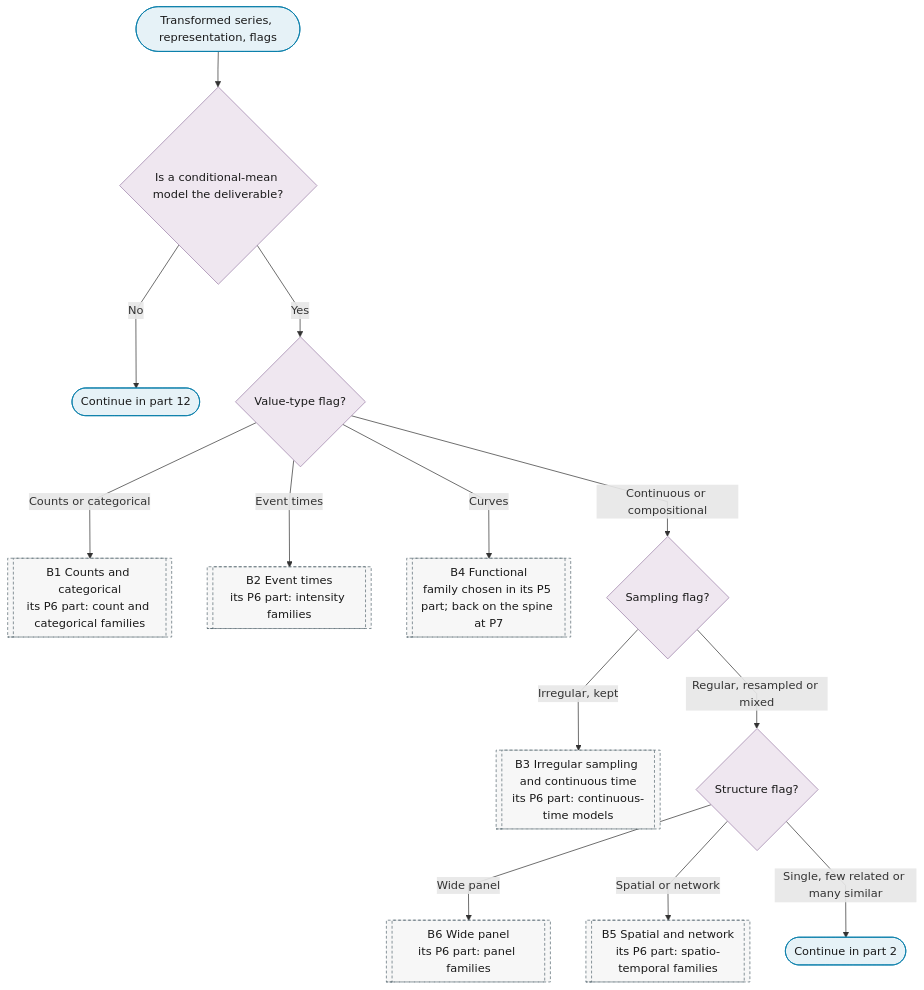
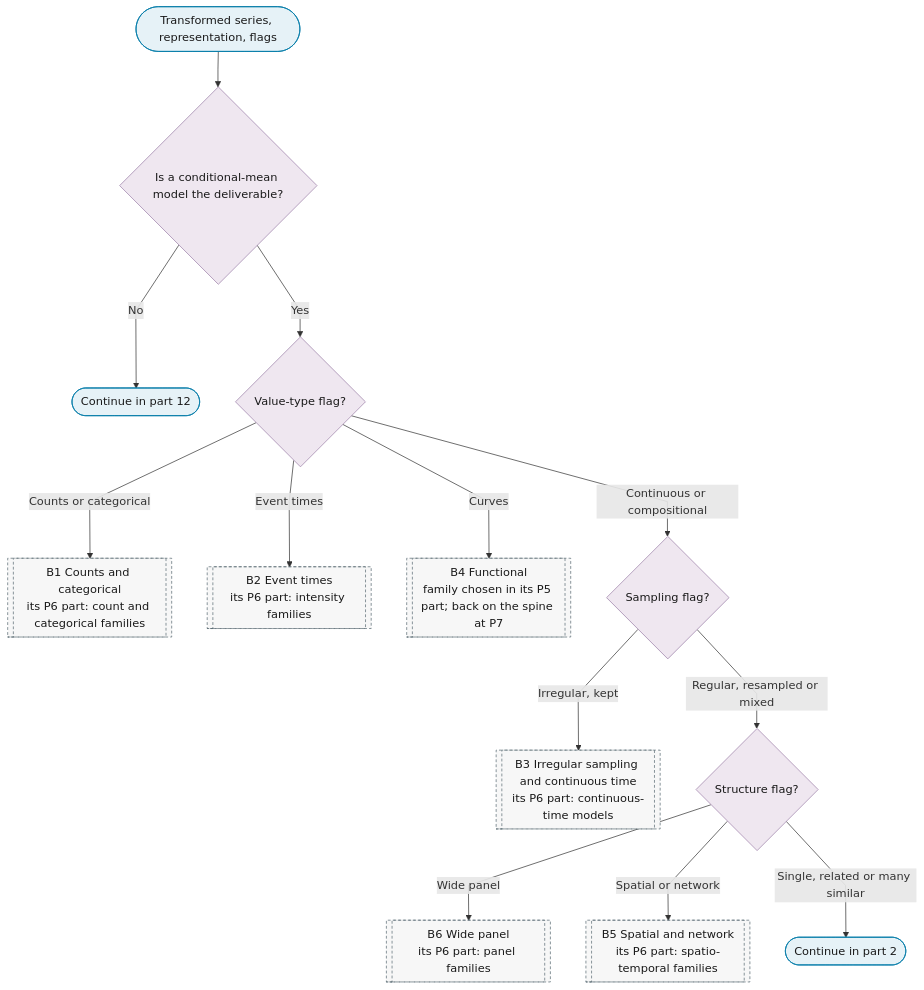
The first of 12 diagrams in docs/01-workflow/p06-mean-model-class.md (Shuxin-Y/time-series-analysis-manual), drawn with Mermaid before and after one commit. The commit also changed other lines of this file and 17 other files, not shown here.

First line of the commit message:
fix(charts): round-3 review fixes to seasonality, thresholds and branch flags

````diff
--- a/docs/01-workflow/p06-mean-model-class.md
+++ b/docs/01-workflow/p06-mean-model-class.md
@@ -11,27 +11,27 @@
 ```mermaid
 %%{init: {"flowchart": {"curve": "linear"}}}%%
 graph TD
     P6_IN(["Transformed series, representation, flags"]) --> P6_MODEL_NEEDED{"Is a conditional-mean model the deliverable?"}
     P6_MODEL_NEEDED -->|"No"| P6_TO_PART_12(["Continue in part 12"])
     P6_MODEL_NEEDED -->|"Yes"| P6_VALUE_TYPE{"Value-type flag?"}
     P6_VALUE_TYPE -->|"Counts or categorical"| B1[["B1 Counts and categorical<br/>its P6 part: count and categorical families"]]
     P6_VALUE_TYPE -->|"Event times"| B2[["B2 Event times<br/>its P6 part: intensity families"]]
     P6_VALUE_TYPE -->|"Curves"| B4[["B4 Functional<br/>family chosen in its P5 part; back on the spine at P7"]]
     P6_VALUE_TYPE -->|"Continuous or compositional"| P6_SAMPLING{"Sampling flag?"}
     P6_SAMPLING -->|"Irregular, kept"| B3[["B3 Irregular sampling and continuous time<br/>its P6 part: continuous-time models"]]
     P6_SAMPLING -->|"Regular, resampled or mixed"| P6_PANEL_Q{"Structure flag?"}
     P6_PANEL_Q -->|"Wide panel"| B6[["B6 Wide panel<br/>its P6 part: panel families"]]
     P6_PANEL_Q -->|"Spatial or network"| B5[["B5 Spatial and network<br/>its P6 part: spatio-temporal families"]]
-    P6_PANEL_Q -->|"Single, few related or many similar"| P6_TO_PART_2(["Continue in part 2"])
+    P6_PANEL_Q -->|"Single, related or many similar"| P6_TO_PART_2(["Continue in part 2"])
     class P6_IN,P6_TO_PART_12,P6_TO_PART_2 terminator
     class P6_MODEL_NEEDED,P6_VALUE_TYPE,P6_SAMPLING,P6_PANEL_Q decision
     class B1,B2,B4,B3,B6,B5 ref
     classDef terminator fill:#E6F2F7,stroke:#007BA7,color:#1A1A1A;
     classDef process fill:#FFFFFF,stroke:#5A6B73,color:#1A1A1A;
     classDef decision fill:#EFE7F0,stroke:#9B7FA7,color:#1A1A1A;
     classDef data fill:#FFF4E0,stroke:#C9A55E,color:#1A1A1A;
     classDef good fill:#DCEFD8,stroke:#4A7A3F,color:#1A1A1A;
     classDef escalate fill:#FFE9C2,stroke:#C9A55E,color:#1A1A1A;
     classDef problem fill:#F2D9DE,stroke:#800020,color:#1A1A1A;
     classDef ref fill:#F7F7F7,stroke:#5A6B73,color:#1A1A1A,stroke-dasharray:4 3;
 ```
````
